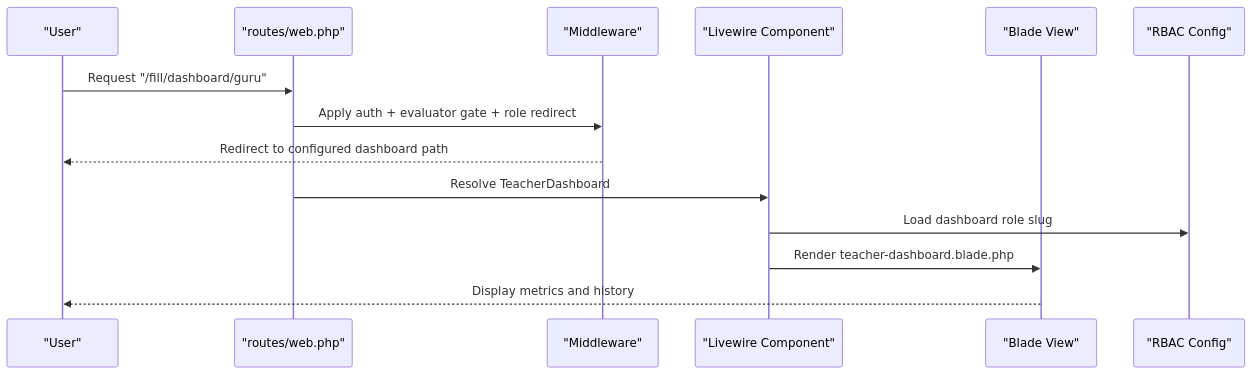
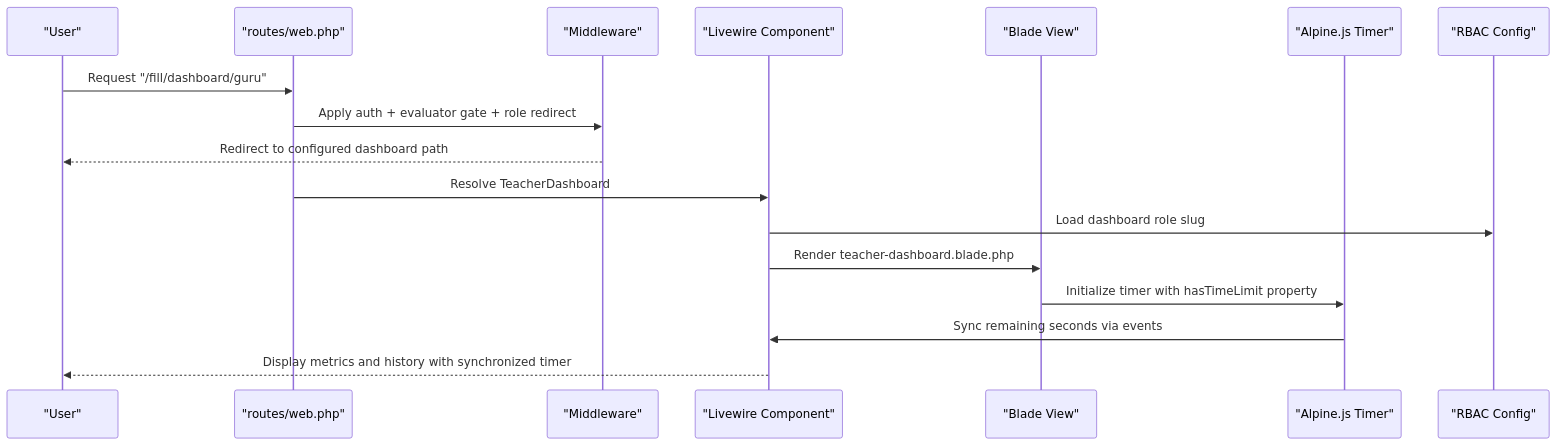
One commit to rudicatsmile/assesment360 changed the second of 8 diagrams in .qoder/repowiki/en/content/Livewire Components/Questionnaire Filling Components.md. Above: the diagram before and after it, drawn with Mermaid. The commit also changed other lines of this file and 6 other files, not shown here.

````diff
--- a/.qoder/repowiki/en/content/Livewire Components/Questionnaire Filling Components.md
+++ b/.qoder/repowiki/en/content/Livewire Components/Questionnaire Filling Components.md
@@ -148,16 +176,19 @@
 ```mermaid
 sequenceDiagram
 participant U as "User"
 participant RT as "routes/web.php"
 participant MW as "Middleware"
 participant LC as "Livewire Component"
 participant BL as "Blade View"
+participant AL as "Alpine.js Timer"
 participant CFG as "RBAC Config"
 U->>RT : Request "/fill/dashboard/guru"
 RT->>MW : Apply auth + evaluator gate + role redirect
 MW-->>U : Redirect to configured dashboard path
 RT->>LC : Resolve TeacherDashboard
 LC->>CFG : Load dashboard role slug
 LC->>BL : Render teacher-dashboard.blade.php
-BL-->>U : Display metrics and history
+BL->>AL : Initialize timer with hasTimeLimit property
+AL->>LC : Sync remaining seconds via events
+LC-->>U : Display metrics and history with synchronized timer
 ```
````
